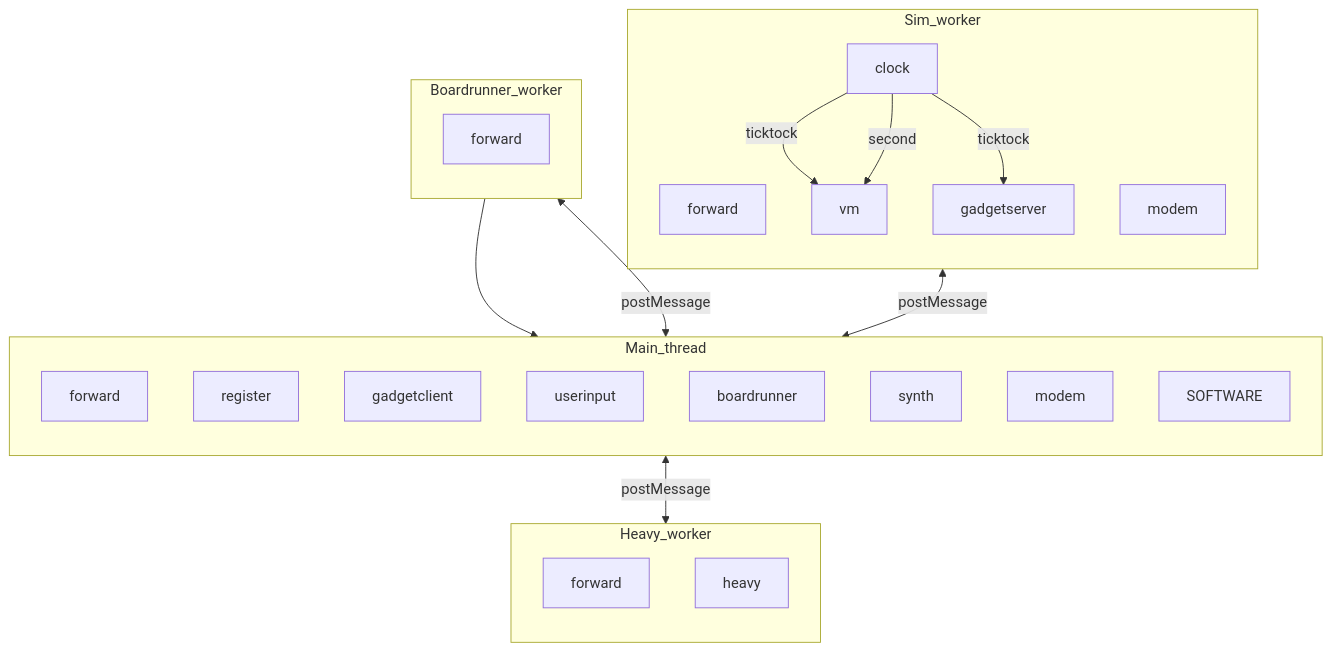
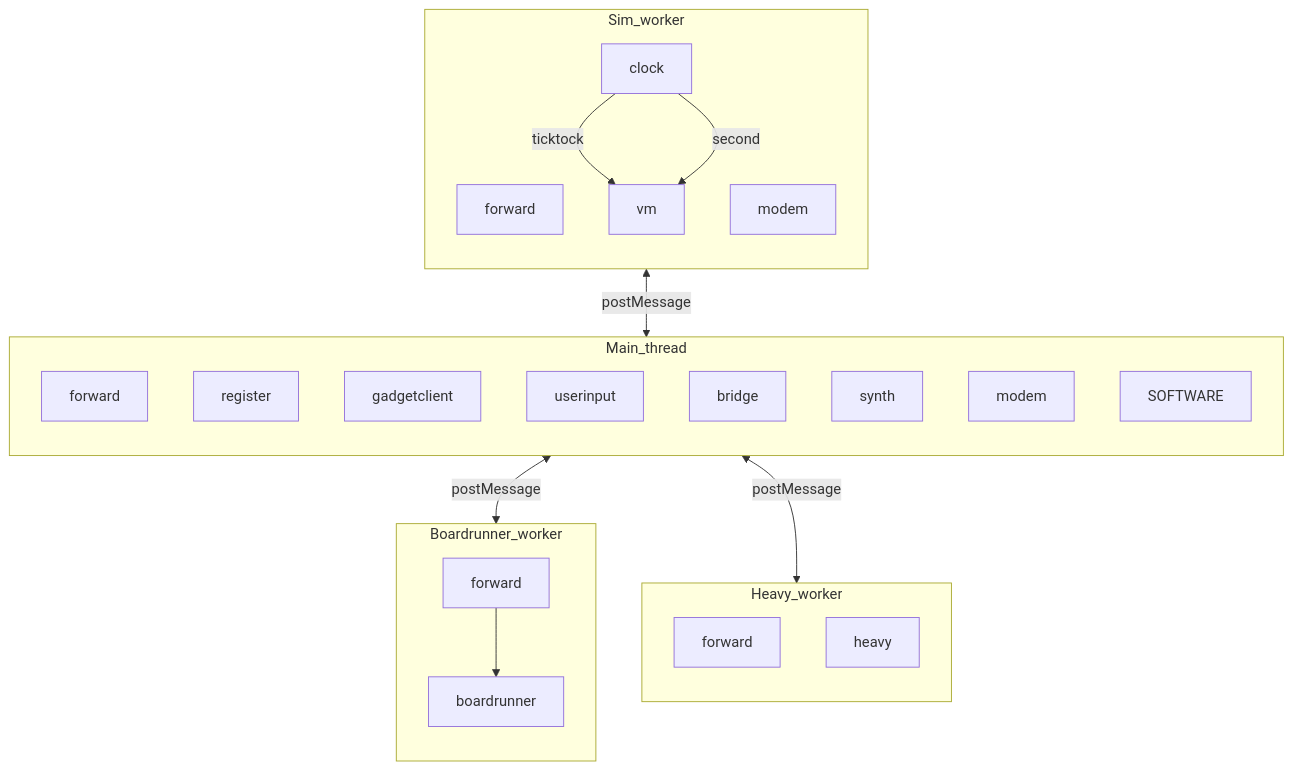
Before and after one commit to goldbuick/zed-software-system: the second of 4 diagrams in zss/device/docs/devices-and-messaging.md, drawn with Mermaid. The commit also changed other lines of this file and 30 other files, not shown here.

````diff
--- a/zss/device/docs/devices-and-messaging.md
+++ b/zss/device/docs/devices-and-messaging.md
@@ -132,39 +131,37 @@
 ```mermaid
 flowchart TB
   subgraph Sim_worker [Sim_worker]
     direction TB
     Fw[forward]
     Cl[clock]
     VM[vm]
-    GS[gadgetserver]
     MdW[modem]
     Cl -->|ticktock| VM
     Cl -->|second| VM
-    Cl -->|ticktock| GS
   end
   subgraph Main_thread [Main_thread]
     direction TB
     Fm[forward]
     Reg[register]
     GC[gadgetclient]
     UI[userinput]
-    Br[bridge]
+    Brm[bridge]
     Sy[synth]
     MdM[modem]
     SW[SOFTWARE]
   end
   subgraph Heavy_worker [Heavy_worker]
     direction TB
     Fh[forward]
     Hy[heavy]
   end
   subgraph Boardrunner_worker [Boardrunner_worker]
     direction TB
     Fb[forward]
-    Br[boardrunner]
+    Brd[boardrunner]
   end
   Fw <-->|postMessage| Fm
   Fm <-->|postMessage| Fh
   Fm <-->|postMessage| Fb
-  Fb --> Br
+  Fb --> Brd
 ```
````
